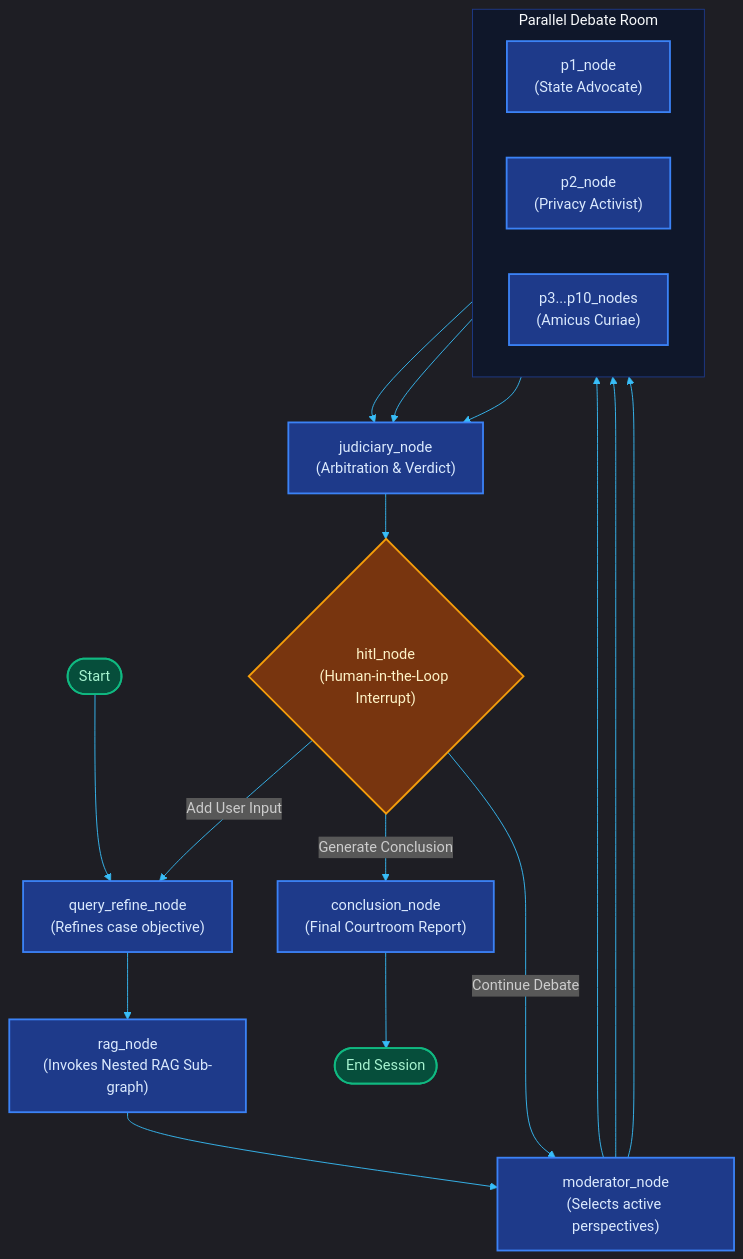
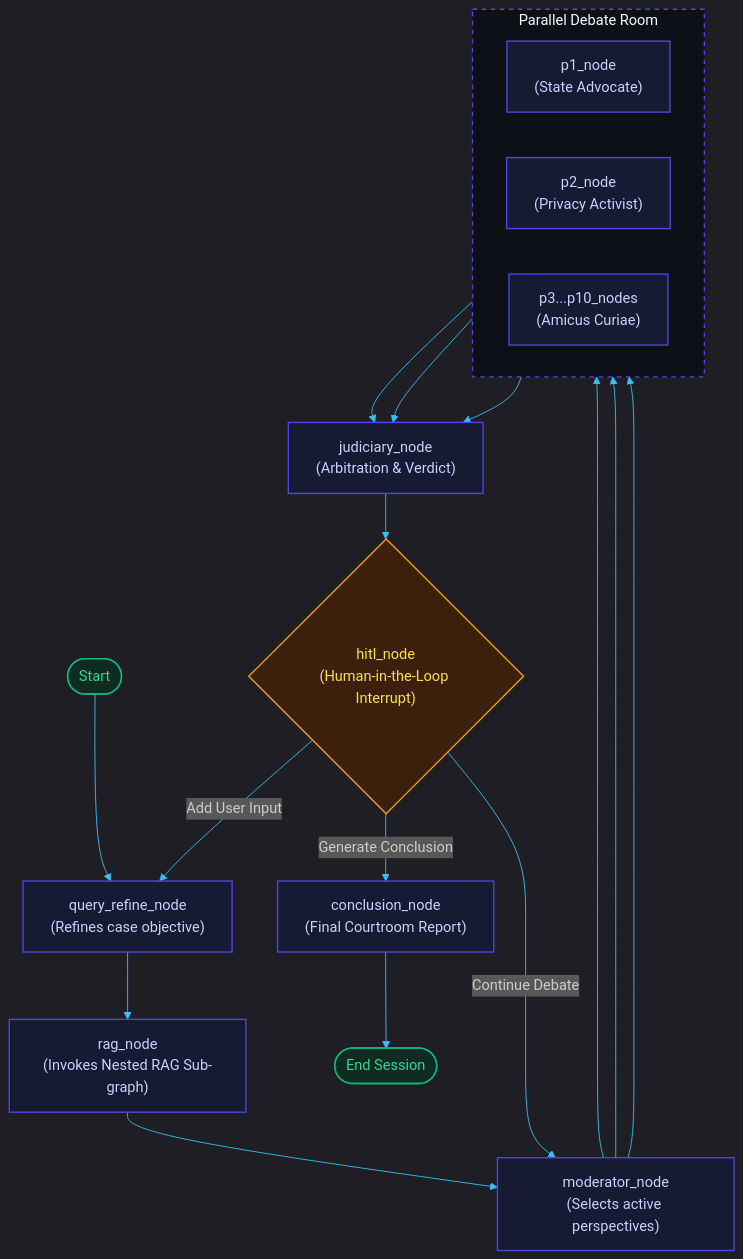
One commit to Somay-kousis/RabbitHole changed the first of 4 diagrams in README.md. Above: the diagram before and after it, drawn with Mermaid. The commit also changed other lines of this file and 179 other files, not shown here.

````diff
--- a/README.md
+++ b/README.md
@@ -46,59 +46,59 @@
 ```mermaid
 %%{init: {
   'theme': 'dark',
   'themeVariables': {
     'background': '#0b0f19',
     'primaryColor': '#1e293b',
     'primaryTextColor': '#f8fafc',
     'lineColor': '#38bdf8',
     'nodeBorder': '#334155',
     'tertiaryColor': '#0f172a'
   }
 }}%%
 flowchart TD
     C_Start([Start])
     QueryRefine["query_refine_node<br/>(Refines case objective)"]
     RAGNode["rag_node<br/>(Invokes Nested RAG Sub-graph)"]
     Moderator["moderator_node<br/>(Selects active perspectives)"]
     
     subgraph Debate ["Parallel Debate Room"]
         direction LR
         P1["p1_node<br/>(State Advocate)"]
         P2["p2_node<br/>(Privacy Activist)"]
         Pn["p3...p10_nodes<br/>(Amicus Curiae)"]
     end
     
     Judiciary["judiciary_node<br/>(Arbitration & Verdict)"]
     HITL{"hitl_node<br/>(Human-in-the-Loop Interrupt)"}
     Conclusion["conclusion_node<br/>(Final Courtroom Report)"]
     C_End([End Session])
     
     C_Start --> QueryRefine
     QueryRefine --> RAGNode
     RAGNode --> Moderator
     
     Moderator --> P1
     Moderator --> P2
     Moderator --> Pn
     
     P1 --> Judiciary
     P2 --> Judiciary
     Pn --> Judiciary
     
     Judiciary --> HITL
     
     HITL -->|Continue Debate| Moderator
     HITL -->|Add User Input| QueryRefine
     HITL -->|Generate Conclusion| Conclusion
     Conclusion --> C_End
 
-    style Debate fill:#0f172a,stroke:#1e3a8a,stroke-width:1px,color:#f8fafc;
+    style Debate fill:#0d1117,stroke:#4f46e5,stroke-dasharray: 5 5,stroke-width:1.5px,color:#f8fafc;
 
-    classDef startEnd fill:#064e3b,stroke:#10b981,stroke-width:2px,color:#a7f3d0;
-    classDef outerNode fill:#1e3a8a,stroke:#3b82f6,stroke-width:2px,color:#dbeafe;
-    classDef decision fill:#78350f,stroke:#f59e0b,stroke-width:2px,color:#fef3c7;
+    classDef startEnd fill:#0f2c22,stroke:#10b981,stroke-width:1.5px,color:#34d399;
+    classDef outerNode fill:#161b33,stroke:#4f46e5,stroke-width:1.5px,color:#c7d2fe;
+    classDef decision fill:#3c200c,stroke:#f59e0b,stroke-width:1.5px,color:#fde047;
 
     class C_Start,C_End startEnd;
     class QueryRefine,RAGNode,Moderator,P1,P2,Pn,Judiciary,Conclusion outerNode;
     class HITL decision;
 ```
````
